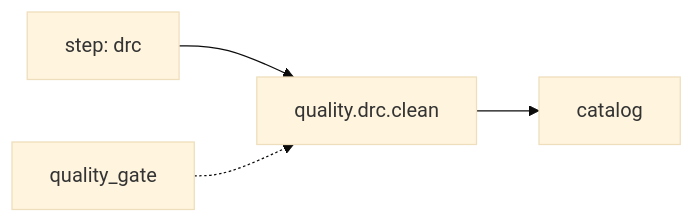
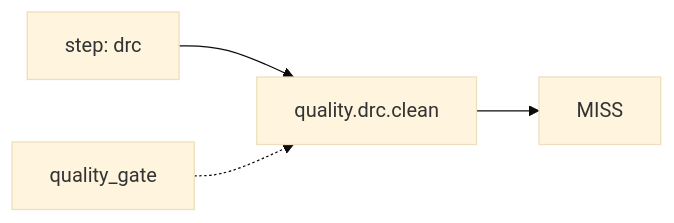
Diagram 11 of 53 in .github/signoff-board/signoff-kanban.md (openecos-projects/ecc), drawn with Mermaid (base theme) before and after one commit. The commit also changed other lines of this file and 2 other files, not shown here.

First line of the commit message:
feat(signoff): add performance / iSTA catalog slots (43 metrics)

````diff
--- a/.github/signoff-board/signoff-kanban.md
+++ b/.github/signoff-board/signoff-kanban.md
@@ -360,6 +392,6 @@
 ```mermaid
 flowchart LR
   step_quality_drc_clean["step: drc"] --> metric_quality_drc_clean["quality.drc.clean"]
-  metric_quality_drc_clean --> state_quality_drc_clean["catalog"]
+  metric_quality_drc_clean --> state_quality_drc_clean["MISS"]
   cat_quality_drc_clean["quality_gate"] -.-> metric_quality_drc_clean
 ```
````
